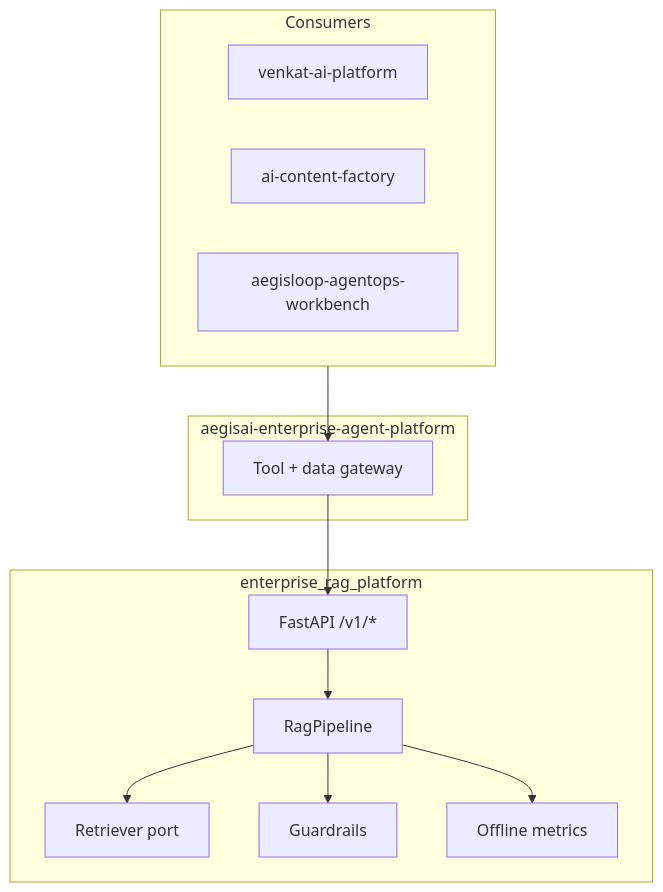
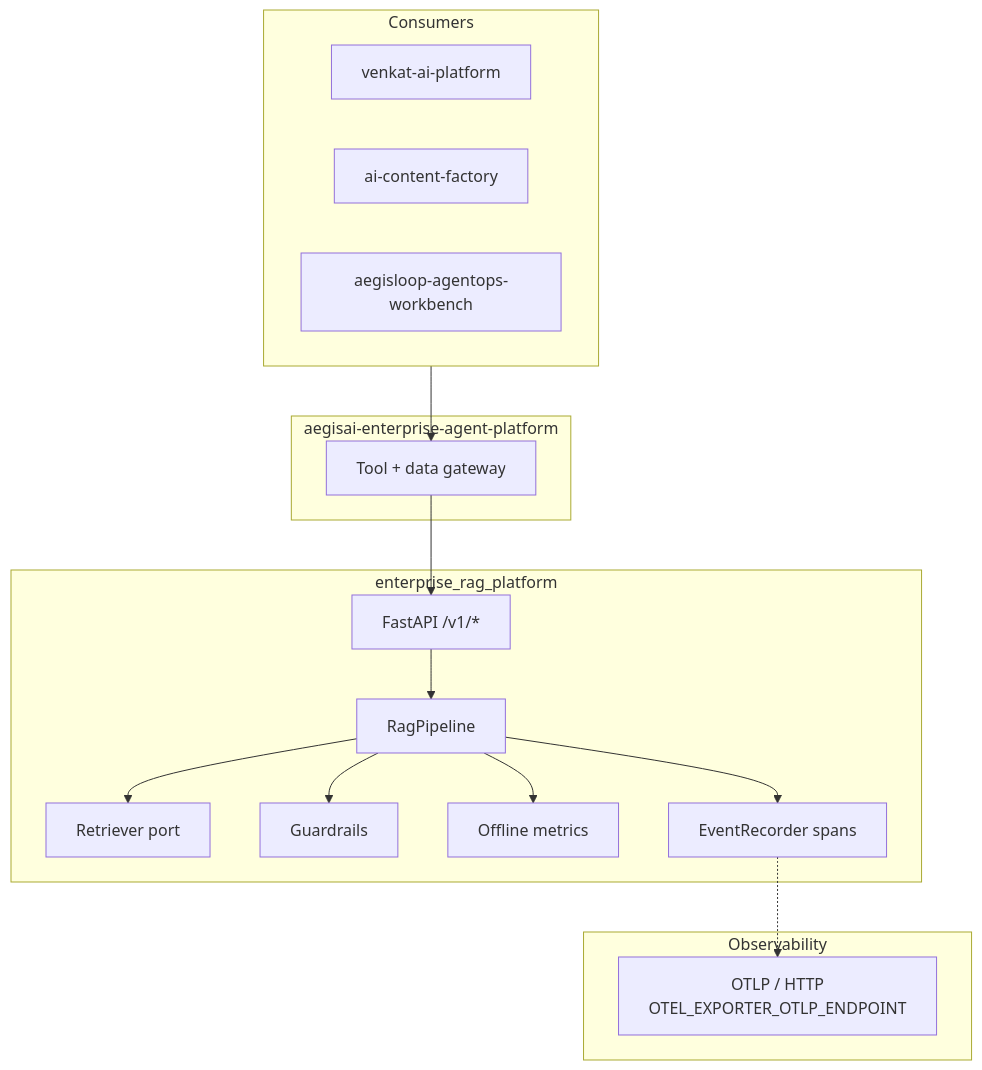
The diagram in docs/ARCHITECTURE.md (vpeetla-ai/enterprise_rag_platform), drawn with Mermaid before and after one commit. The commit also changed other lines of this file and 1 other file, not shown here.

Commit message:
Add OTLP observability layer to architecture diagrams.

````diff
--- a/docs/ARCHITECTURE.md
+++ b/docs/ARCHITECTURE.md
@@ -12,27 +12,34 @@
 ```mermaid
 flowchart TB
   subgraph Clients["Consumers"]
     VAP["venkat-ai-platform"]
     ACF["ai-content-factory"]
     AL["aegisloop-agentops-workbench"]
   end
 
   subgraph Gateway["aegisai-enterprise-agent-platform"]
     GW["Tool + data gateway"]
   end
 
   subgraph RAG["enterprise_rag_platform"]
     API["FastAPI /v1/*"]
     PIPE["RagPipeline"]
     RET["Retriever port"]
     GR["Guardrails"]
     EVAL["Offline metrics"]
+    TEL["EventRecorder spans"]
+  end
+
+  subgraph Obs["Observability"]
+    OTLP["OTLP / HTTP<br/>OTEL_EXPORTER_OTLP_ENDPOINT"]
   end
 
   Clients --> GW
   GW --> API
   API --> PIPE
   PIPE --> RET
   PIPE --> GR
   PIPE --> EVAL
+  PIPE --> TEL
+  TEL -.-> OTLP
 ```
````
